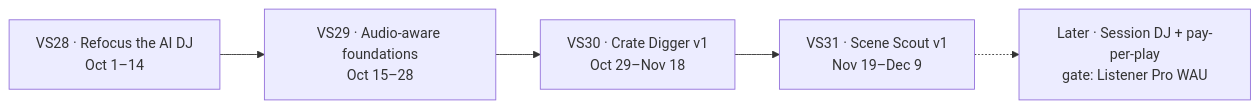
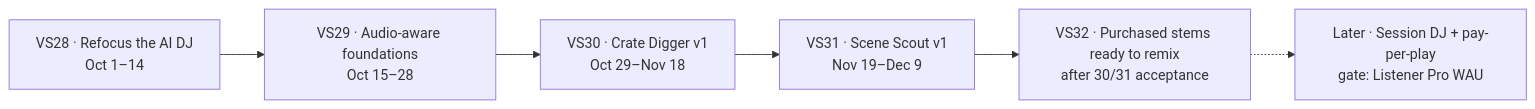
The diagram in docs/roadmap/2026-10-taste-engine-milestones.md (akoita/resonate), drawn with Mermaid before and after one commit. The commit also changed other lines of this file and 8 other files, not shown here.

Commit message:
docs: record merged delivery and approved purchased-stems milestone (#2049)

````diff
--- a/docs/roadmap/2026-10-taste-engine-milestones.md
+++ b/docs/roadmap/2026-10-taste-engine-milestones.md
@@ -22,7 +25,8 @@
 ```mermaid
 flowchart LR
   VS28["VS28 · Refocus the AI DJ<br/>Oct 1–14"] --> VS29["VS29 · Audio-aware foundations<br/>Oct 15–28"]
   VS29 --> VS30["VS30 · Crate Digger v1<br/>Oct 29–Nov 18"]
   VS30 --> VS31["VS31 · Scene Scout v1<br/>Nov 19–Dec 9"]
-  VS31 -.-> LATER["Later · Session DJ + pay-per-play<br/>gate: Listener Pro WAU"]
+  VS31 --> VS32["VS32 · Purchased stems ready to remix<br/>after 30/31 acceptance"]
+  VS32 -.-> LATER["Later · Session DJ + pay-per-play<br/>gate: Listener Pro WAU"]
 ```
````
